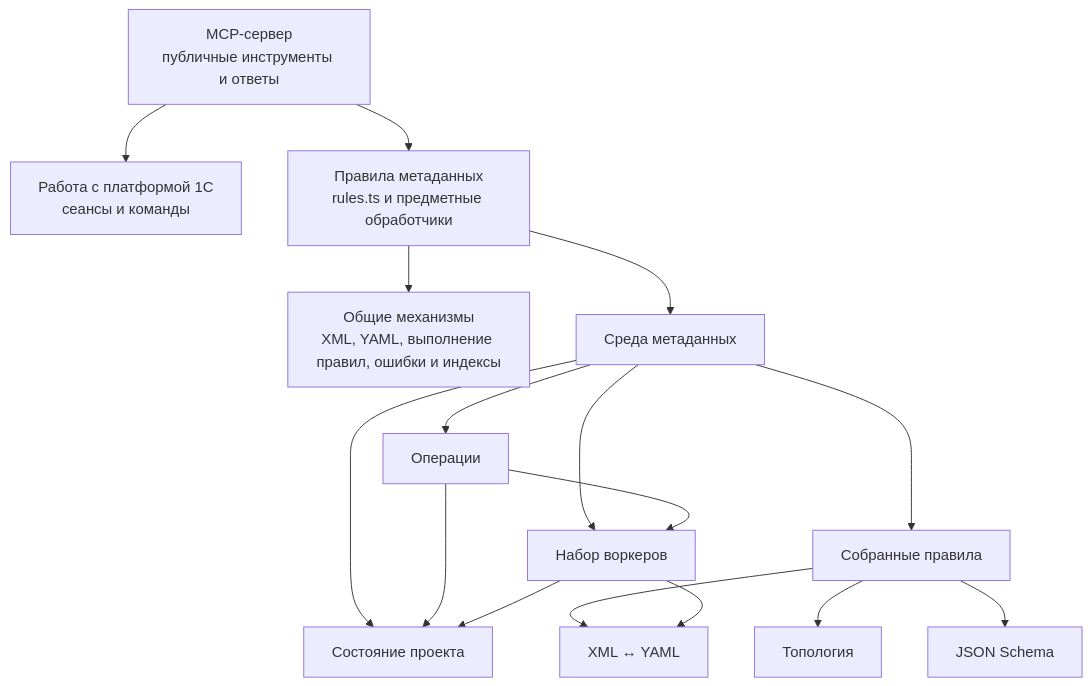
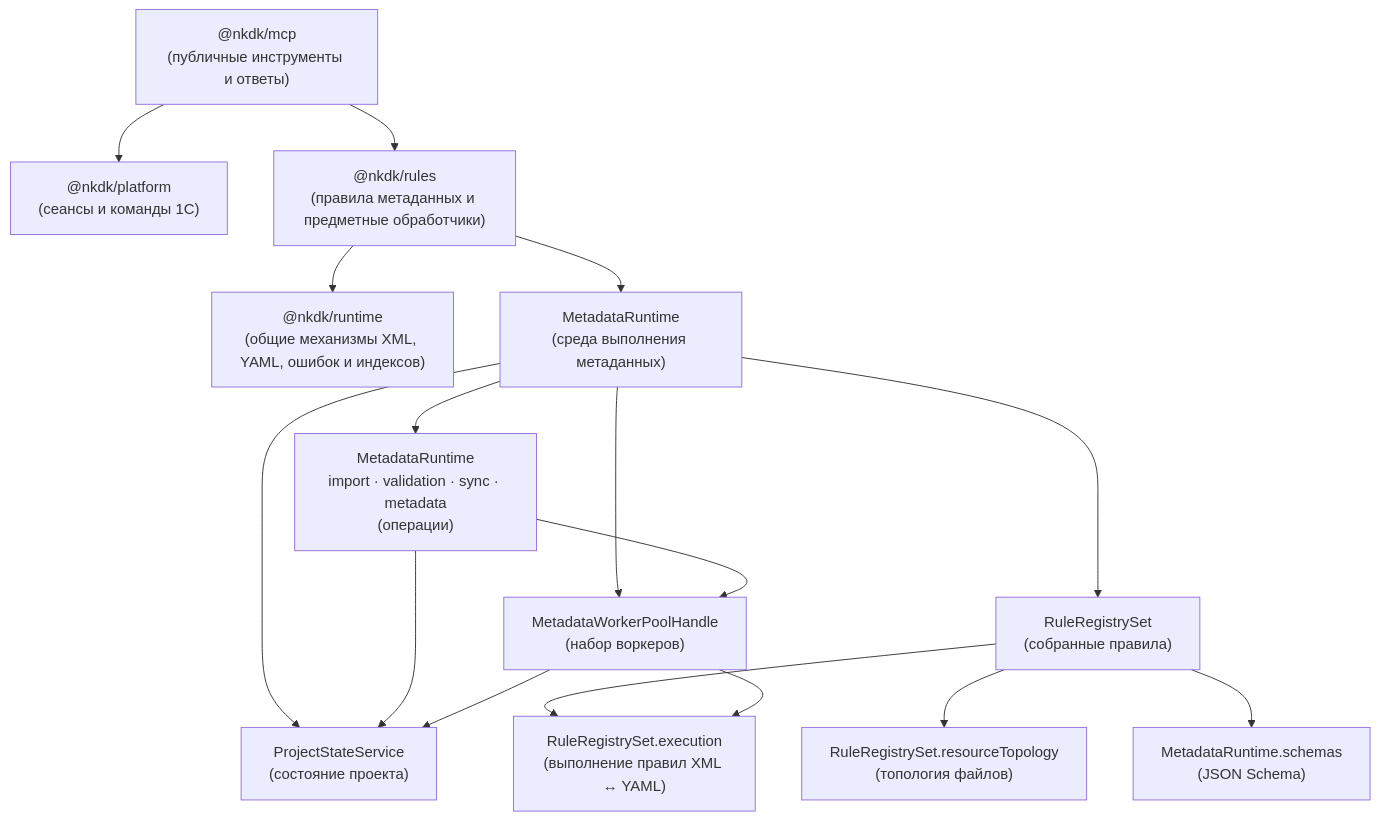
The first of 10 diagrams in .agents/architecture.md (crimsongoldteam/nkdk), drawn with Mermaid before and after one commit. The commit also changed other lines of this file and 1 other file, not shown here.

````diff
--- a/.agents/architecture.md
+++ b/.agents/architecture.md
@@ -45,26 +45,26 @@
 ```mermaid
 flowchart TD
-  mcp["MCP-сервер<br/>публичные инструменты и ответы"]
-  platform["Работа с платформой 1С<br/>сеансы и команды"]
-  rules["Правила метаданных<br/>rules.ts и предметные обработчики"]
-  runtime["Общие механизмы<br/>XML, YAML, выполнение правил, ошибки и индексы"]
+  mcp["@nkdk/mcp<br/>(публичные инструменты и ответы)"]
+  platform["@nkdk/platform<br/>(сеансы и команды 1С)"]
+  rules["@nkdk/rules<br/>(правила метаданных и предметные обработчики)"]
+  runtime["@nkdk/runtime<br/>(общие механизмы XML, YAML, ошибок и индексов)"]
 
   mcp --> platform
   mcp --> rules
   rules --> runtime
 
-  rules --> metadataRuntime["Среда метаданных"]
-  metadataRuntime --> operations["Операции"]
-  metadataRuntime --> projectState["Состояние проекта"]
-  metadataRuntime --> workers["Набор воркеров"]
-  metadataRuntime --> registry["Собранные правила"]
+  rules --> metadataRuntime["MetadataRuntime<br/>(среда выполнения метаданных)"]
+  metadataRuntime --> operations["MetadataRuntime<br/>import · validation · sync · metadata<br/>(операции)"]
+  metadataRuntime --> projectState["ProjectStateService<br/>(состояние проекта)"]
+  metadataRuntime --> workers["MetadataWorkerPoolHandle<br/>(набор воркеров)"]
+  metadataRuntime --> registry["RuleRegistrySet<br/>(собранные правила)"]
 
-  registry --> topology["Топология"]
-  registry --> schemas["JSON Schema"]
-  registry --> conversion["XML ↔ YAML"]
+  registry --> topology["RuleRegistrySet.resourceTopology<br/>(топология файлов)"]
+  registry --> schemas["MetadataRuntime.schemas<br/>(JSON Schema)"]
+  registry --> conversion["RuleRegistrySet.execution<br/>(выполнение правил XML ↔ YAML)"]
 
   operations --> projectState
   operations --> workers
   workers --> projectState
   workers --> conversion
 ```
````
